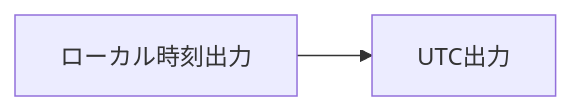
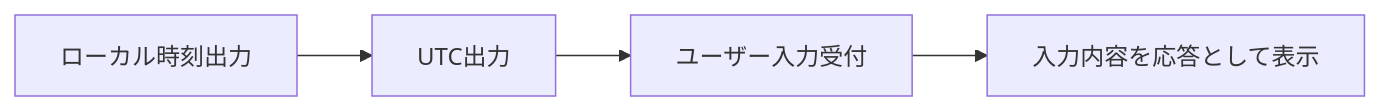
The first of 4 diagrams in README.md (Watanabe-Electric-Industry-Co-Ltd/coderabbittest), drawn with Mermaid before and after one commit. The commit also changed 1 other file, not shown here.

Commit message:
Add CLI user input handling with Japanese (UTF-8) support
Agent-Logs-Url: https://github.com/Watanabe-Electric-Industry-Co-Ltd/coderabbittest/sessions/deac5161-0466-421d-9278-2b46471113fc

````diff
--- a/README.md
+++ b/README.md
@@ -6,4 +6,6 @@
 ```mermaid
 graph LR;
 A[ローカル時刻出力] --> B[UTC出力]
+B --> C[ユーザー入力受付]
+C --> D[入力内容を応答として表示]
 ```
````
